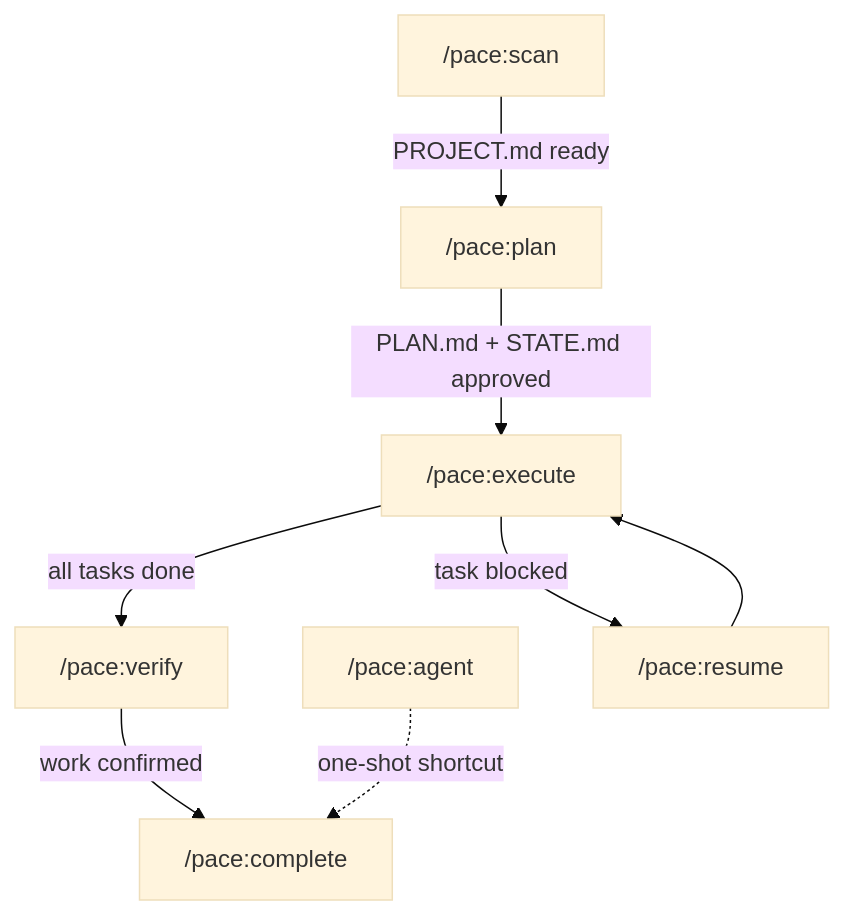
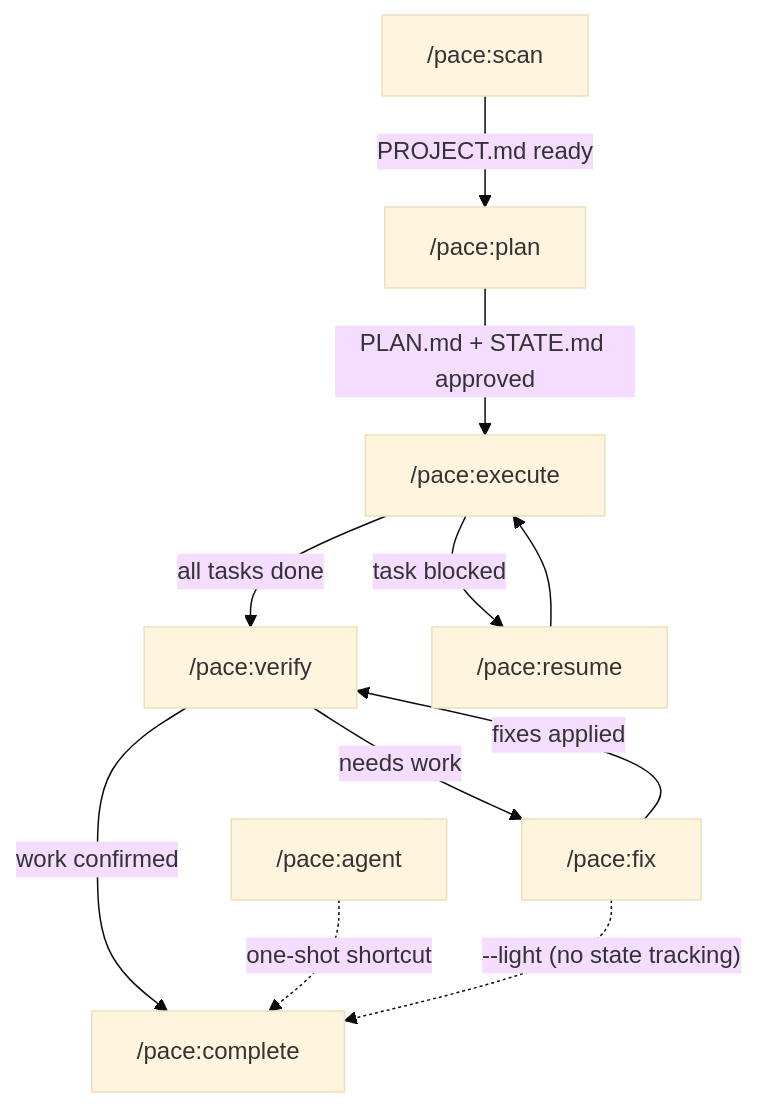
Before and after one commit to jwprichard/pace: the first of 5 diagrams in docs/architecture.md, drawn with Mermaid (base theme). The commit also changed 3 other files, not shown here.

First line of the commit message:
feat: add /pace:fix command for targeted post-verification fixes

````diff
--- a/docs/architecture.md
+++ b/docs/architecture.md
@@ -5,19 +5,23 @@
 ```mermaid
 flowchart TD
     scan["/pace:scan"]
     plan["/pace:plan"]
     execute["/pace:execute"]
     agent["/pace:agent"]
     verify["/pace:verify"]
+    fix["/pace:fix"]
     complete["/pace:complete"]
     resume["/pace:resume"]
 
     scan -->|PROJECT.md ready| plan
     plan -->|PLAN.md + STATE.md approved| execute
     execute -->|all tasks done| verify
     verify -->|work confirmed| complete
+    verify -->|needs work| fix
+    fix -->|fixes applied| verify
     execute -->|task blocked| resume
     resume --> execute
 
     agent -.->|one-shot shortcut| complete
+    fix -.->|"--light (no state tracking)"| complete
 ```
````
